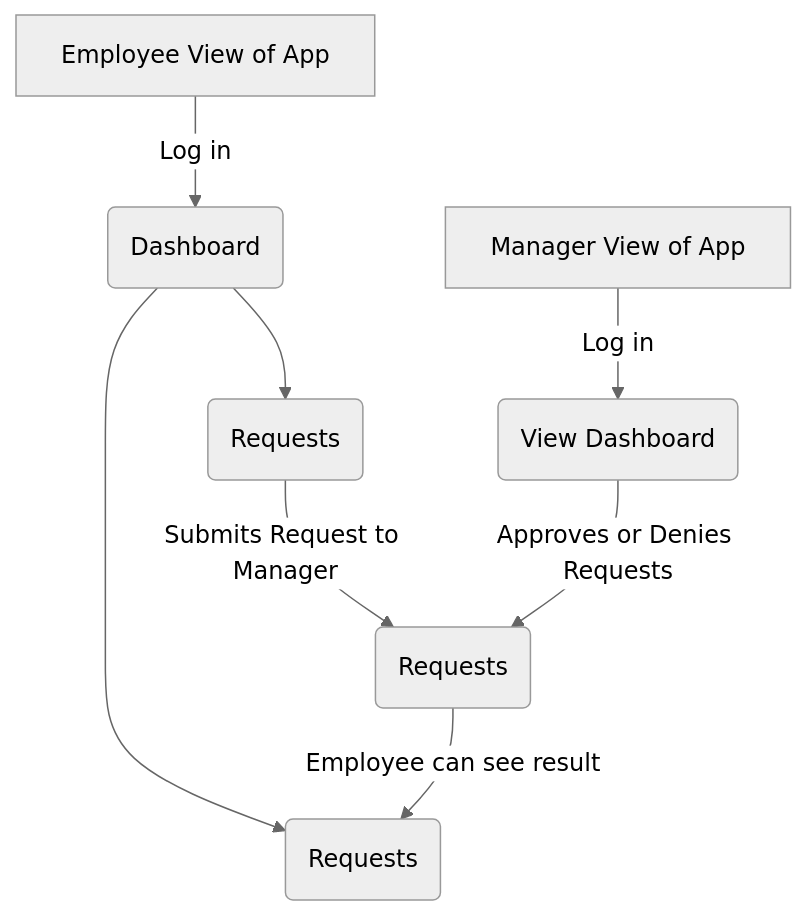
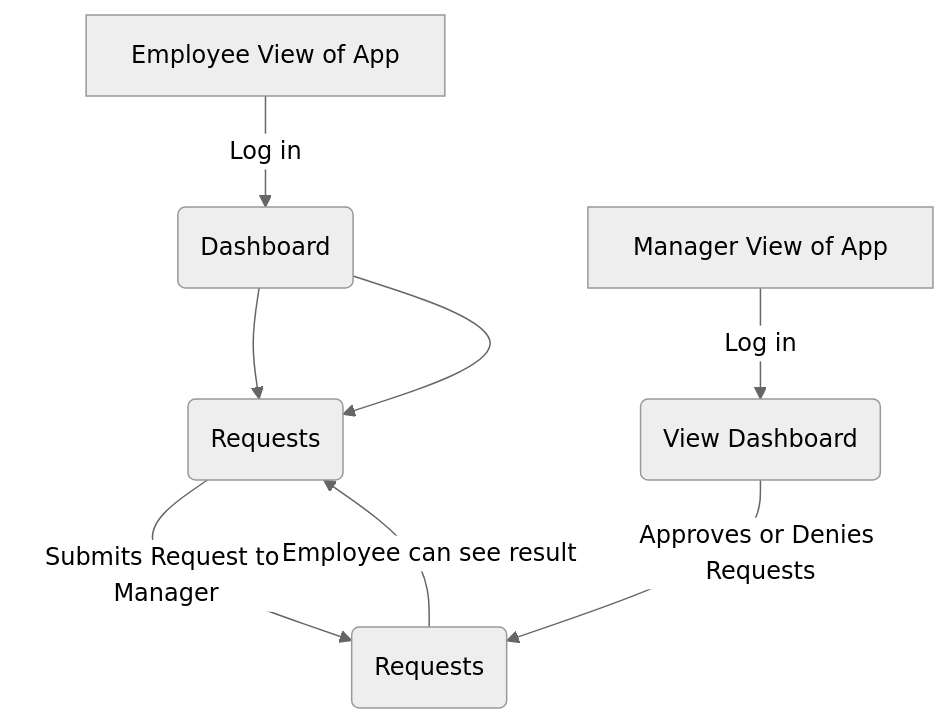
One commit to KeeganKnapp/CapstoneProject changed the fourth of 5 diagrams in README.md. Above: the diagram before and after it, drawn with Mermaid (neutral theme).

Commit message:
Fix flowchart connections in README.md

````diff
--- a/README.md
+++ b/README.md
@@ -113,12 +113,12 @@
 ```mermaid
 flowchart TD
     A["Employee View of App"] -- Log in --> B("Dashboard")
     B --> C("Requests")
     C -- Submits Request to Manager --> O
-    B --> F("Requests")
-    O -- Employee can see result --> F
+    B --> C("Requests")
+    O -- Employee can see result --> C
 
 
     E["Manager View of App"] -- Log in --> J("View Dashboard")
     J -- Approves or Denies Requests --> O("Requests")
 ```
````
